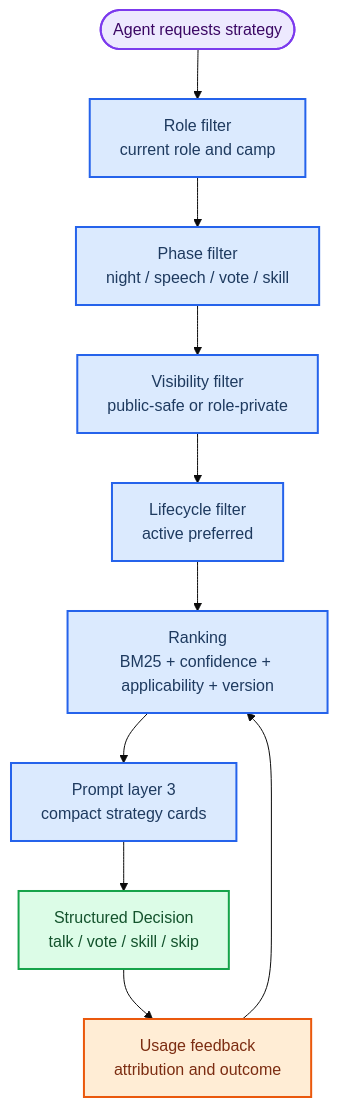
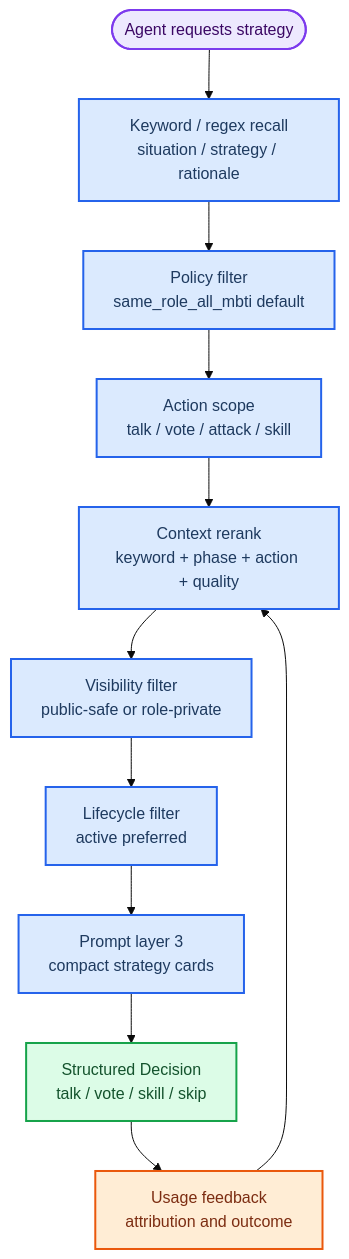
One commit to wxhfy/AIwerewolf changed the seventh of 7 diagrams in docs/ENGINEERING_ARCHITECTURE.md. Above: the diagram before and after it, drawn with Mermaid (base theme). The commit also changed other lines of this file and 25 other files, not shown here.

````diff
--- a/docs/ENGINEERING_ARCHITECTURE.md
+++ b/docs/ENGINEERING_ARCHITECTURE.md
@@ -416,35 +416,37 @@
 ```mermaid
 flowchart TB
     accTitle: Strategy Retrieval Policy
-    accDescr: Retrieval policy for selecting role-safe and phase-relevant strategy cards with lifecycle, confidence, applicability and version ranking.
+    accDescr: Retrieval policy for selecting high-precision role-safe strategy cards with keyword recall, policy filtering, context reranking and usage feedback.
 
     request([Agent requests strategy])
-    role_filter["Role filter<br/>current role and camp"]
-    phase_filter["Phase filter<br/>night / speech / vote / skill"]
+    keyword_recall["Keyword / regex recall<br/>situation / strategy / rationale"]
+    policy_filter["Policy filter<br/>same_role_all_mbti default"]
+    action_scope["Action scope<br/>talk / vote / attack / skill"]
+    context_rank["Context rerank<br/>keyword + phase + action + quality"]
     visibility_filter["Visibility filter<br/>public-safe or role-private"]
     lifecycle_filter["Lifecycle filter<br/>active preferred"]
-    ranker["Ranking<br/>BM25 + confidence + applicability + version"]
     prompt_layer["Prompt layer 3<br/>compact strategy cards"]
     decision["Structured Decision<br/>talk / vote / skill / skip"]
     feedback["Usage feedback<br/>attribution and outcome"]
 
-    request --> role_filter
-    role_filter --> phase_filter
-    phase_filter --> visibility_filter
+    request --> keyword_recall
+    keyword_recall --> policy_filter
+    policy_filter --> action_scope
+    action_scope --> context_rank
+    context_rank --> visibility_filter
     visibility_filter --> lifecycle_filter
-    lifecycle_filter --> ranker
-    ranker --> prompt_layer
+    lifecycle_filter --> prompt_layer
     prompt_layer --> decision
     decision --> feedback
-    feedback --> ranker
+    feedback --> context_rank
 
     classDef start fill:#ede9fe,stroke:#7c3aed,stroke-width:2px,color:#3b0764
     classDef process fill:#dbeafe,stroke:#2563eb,stroke-width:2px,color:#1e3a5f
     classDef output fill:#dcfce7,stroke:#16a34a,stroke-width:2px,color:#14532d
     classDef feedback_style fill:#ffedd5,stroke:#ea580c,stroke-width:2px,color:#7c2d12
 
     class request start
-    class role_filter,phase_filter,visibility_filter,lifecycle_filter,ranker,prompt_layer process
+    class keyword_recall,policy_filter,action_scope,context_rank,visibility_filter,lifecycle_filter,prompt_layer process
     class decision output
     class feedback feedback_style
 ```
````
